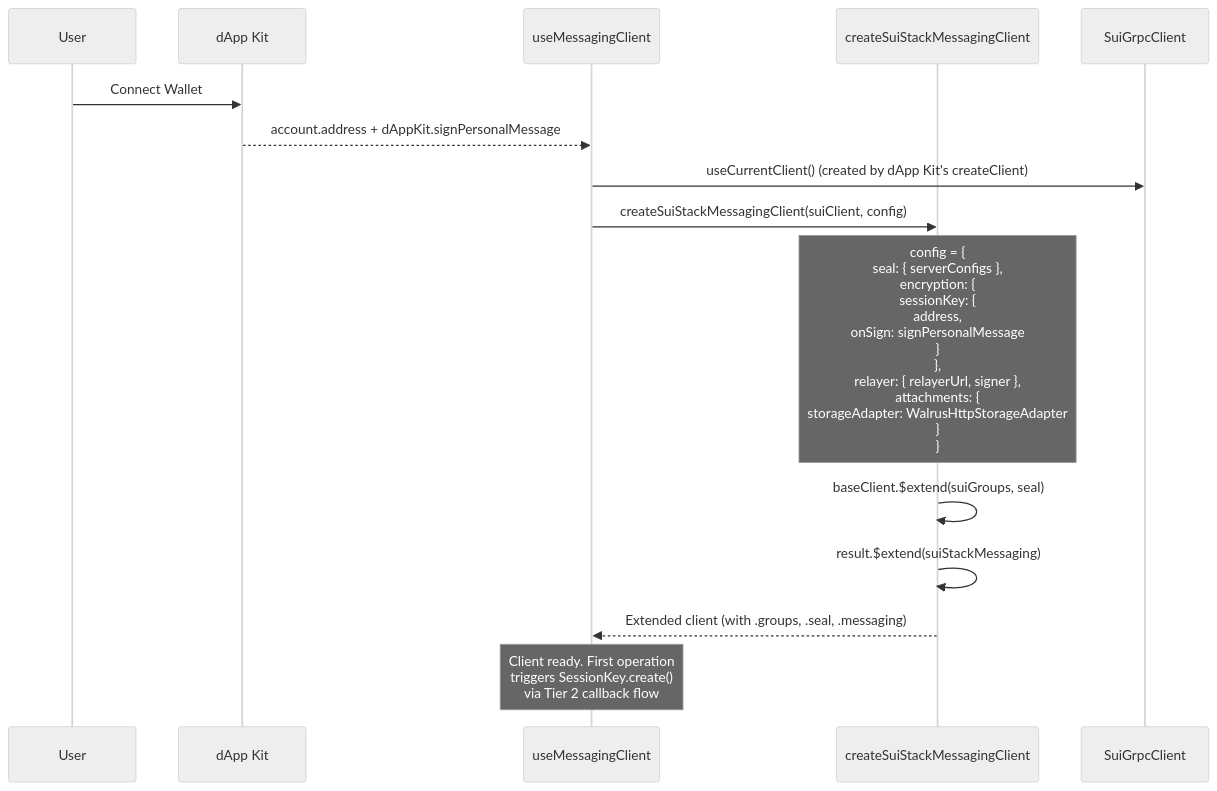
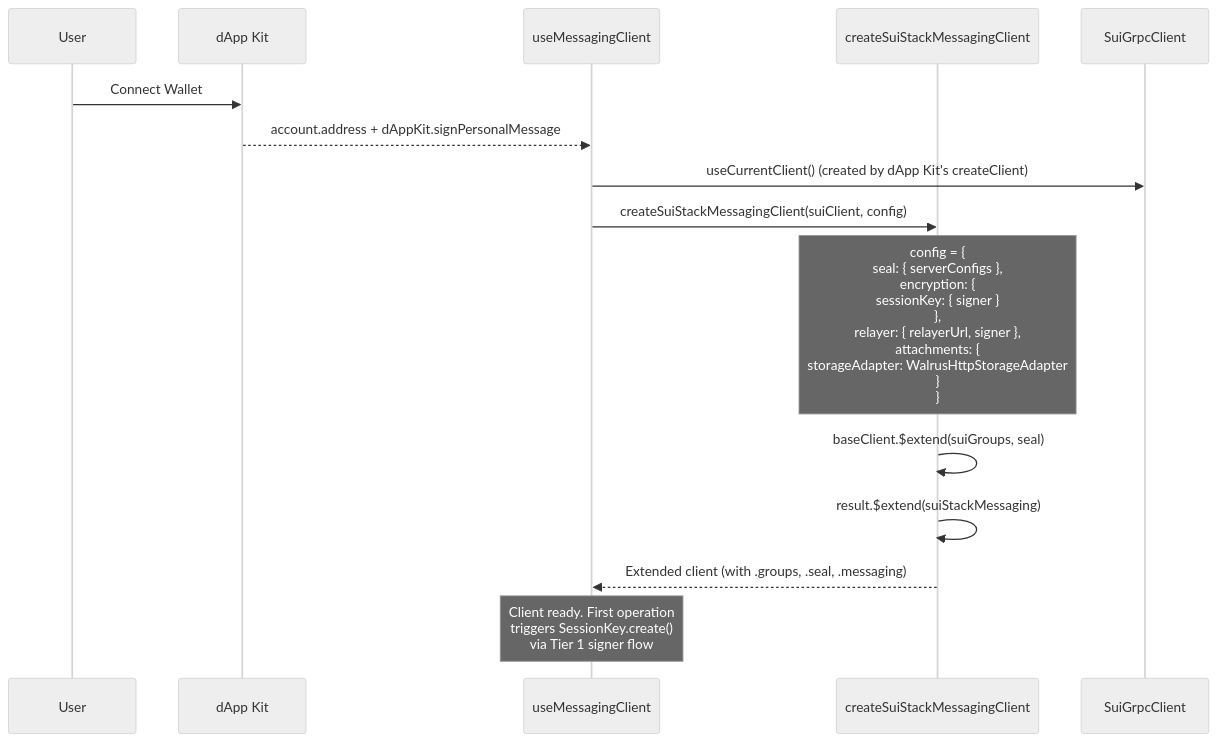
One commit to MystenLabs/sui-stack-messaging changed the second of 18 diagrams in chat-app/docs/SYSTEM_DESIGN.md. Above: the diagram before and after it, drawn with Mermaid (neutral theme). The commit also changed other lines of this file and 5 other files, not shown here.

First line of the commit message:
docs: describe the queued CurrentAccountSigner session-key setup

````diff
--- a/chat-app/docs/SYSTEM_DESIGN.md
+++ b/chat-app/docs/SYSTEM_DESIGN.md
@@ -115,18 +115,18 @@
 ```mermaid
 sequenceDiagram
     participant User
     participant DK as dApp Kit
     participant Hook as useMessagingClient
     participant Factory as createSuiStackMessagingClient
     participant SUI as SuiGrpcClient
 
     User->>DK: Connect Wallet
     DK-->>Hook: account.address + dAppKit.signPersonalMessage
     Hook->>SUI: useCurrentClient() (created by dApp Kit's createClient)
     Hook->>Factory: createSuiStackMessagingClient(suiClient, config)
-    Note over Factory: config = {<br/>  seal: { serverConfigs },<br/>  encryption: {<br/>    sessionKey: {<br/>      address,<br/>      onSign: signPersonalMessage<br/>    }<br/>  },<br/>  relayer: { relayerUrl, signer },<br/>  attachments: {<br/>    storageAdapter: WalrusHttpStorageAdapter<br/>  }<br/>}
+    Note over Factory: config = {<br/>  seal: { serverConfigs },<br/>  encryption: {<br/>    sessionKey: { signer }<br/>  },<br/>  relayer: { relayerUrl, signer },<br/>  attachments: {<br/>    storageAdapter: WalrusHttpStorageAdapter<br/>  }<br/>}
     Factory->>Factory: baseClient.$extend(suiGroups, seal)
     Factory->>Factory: result.$extend(suiStackMessaging)
     Factory-->>Hook: Extended client (with .groups, .seal, .messaging)
-    Note over Hook: Client ready. First operation<br/>triggers SessionKey.create()<br/>via Tier 2 callback flow
+    Note over Hook: Client ready. First operation<br/>triggers SessionKey.create()<br/>via Tier 1 signer flow
 ```
````
